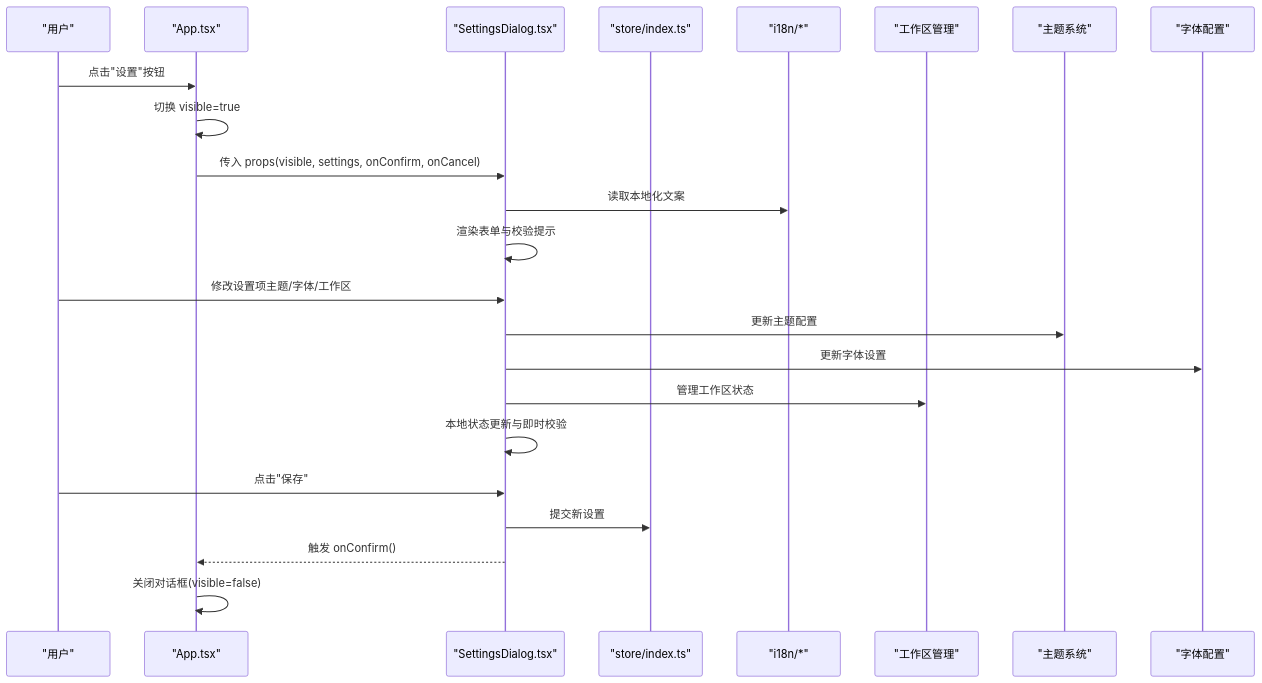
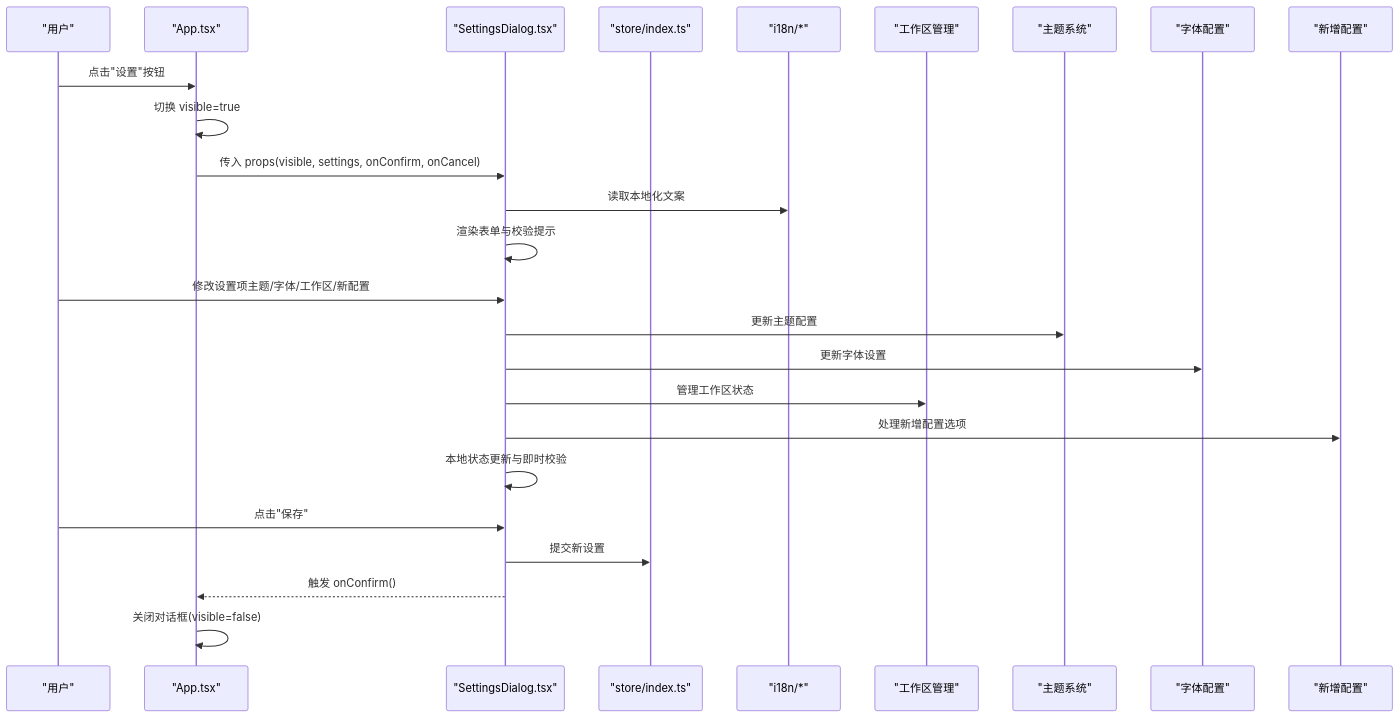
The second of 4 diagrams in .qoder/repowiki/zh/content/对话框系统.md (gongshiyun/ZenNote), drawn with Mermaid before and after one commit. The commit also changed other lines of this file and 21 other files, not shown here.

````diff
--- a/.qoder/repowiki/zh/content/对话框系统.md
+++ b/.qoder/repowiki/zh/content/对话框系统.md
@@ -96,25 +99,27 @@
 ```mermaid
 sequenceDiagram
 participant U as "用户"
 participant A as "App.tsx"
 participant SD as "SettingsDialog.tsx"
 participant ST as "store/index.ts"
 participant I18N as "i18n/*"
 participant WS as "工作区管理"
 participant TH as "主题系统"
 participant FT as "字体配置"
+participant NC as "新增配置"
 U->>A : 点击"设置"按钮
 A->>A : 切换 visible=true
 A->>SD : 传入 props(visible, settings, onConfirm, onCancel)
 SD->>I18N : 读取本地化文案
 SD->>SD : 渲染表单与校验提示
-U->>SD : 修改设置项主题/字体/工作区
+U->>SD : 修改设置项主题/字体/工作区/新配置
 SD->>TH : 更新主题配置
 SD->>FT : 更新字体设置
 SD->>WS : 管理工作区状态
+SD->>NC : 处理新增配置选项
 SD->>SD : 本地状态更新与即时校验
 U->>SD : 点击"保存"
 SD->>ST : 提交新设置
 SD-->>A : 触发 onConfirm()
 A->>A : 关闭对话框(visible=false)
 ```
````
